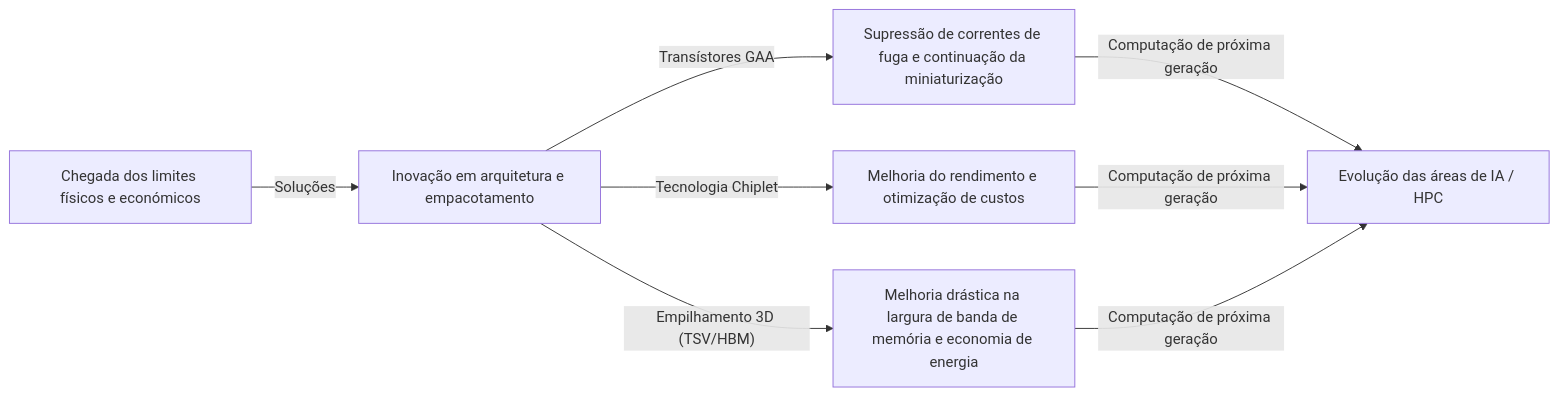
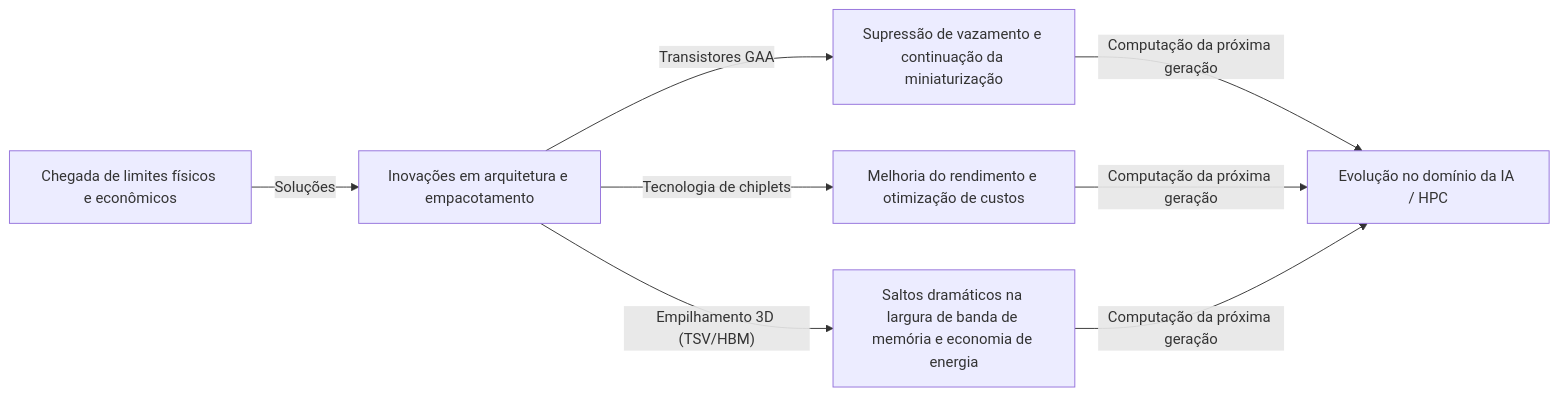
One commit to kenjinote/blog changed the second of 2 diagrams in content/post/business-moores-law/index.pt.md. Above: the diagram before and after it, drawn with Mermaid. The commit also changed other lines of this file and 40 other files, not shown here.

````diff
--- a/content/post/business-moores-law/index.pt.md
+++ b/content/post/business-moores-law/index.pt.md
@@ -111,10 +111,10 @@
 ```mermaid
 graph LR
-    A["Chegada dos limites físicos e económicos"] -- "Soluções" --> B["Inovação em arquitetura e empacotamento"]
-    B -- "Transístores GAA" --> C["Supressão de correntes de fuga e continuação da miniaturização"]
-    B -- "Tecnologia Chiplet" --> D["Melhoria do rendimento e otimização de custos"]
-    B -- "Empilhamento 3D (TSV/HBM)" --> E["Melhoria drástica na largura de banda de memória e economia de energia"]
-    C -- "Computação de próxima geração" --> F["Evolução das áreas de IA / HPC"]
-    D -- "Computação de próxima geração" --> F
-    E -- "Computação de próxima geração" --> F
+    A["Chegada de limites físicos e econômicos"] -- "Soluções" --> B["Inovações em arquitetura e empacotamento"]
+    B -- "Transistores GAA" --> C["Supressão de vazamento e continuação da miniaturização"]
+    B -- "Tecnologia de chiplets" --> D["Melhoria do rendimento e otimização de custos"]
+    B -- "Empilhamento 3D (TSV/HBM)" --> E["Saltos dramáticos na largura de banda de memória e economia de energia"]
+    C -- "Computação da próxima geração" --> F["Evolução no domínio da IA / HPC"]
+    D -- "Computação da próxima geração" --> F
+    E -- "Computação da próxima geração" --> F
 ```
````
